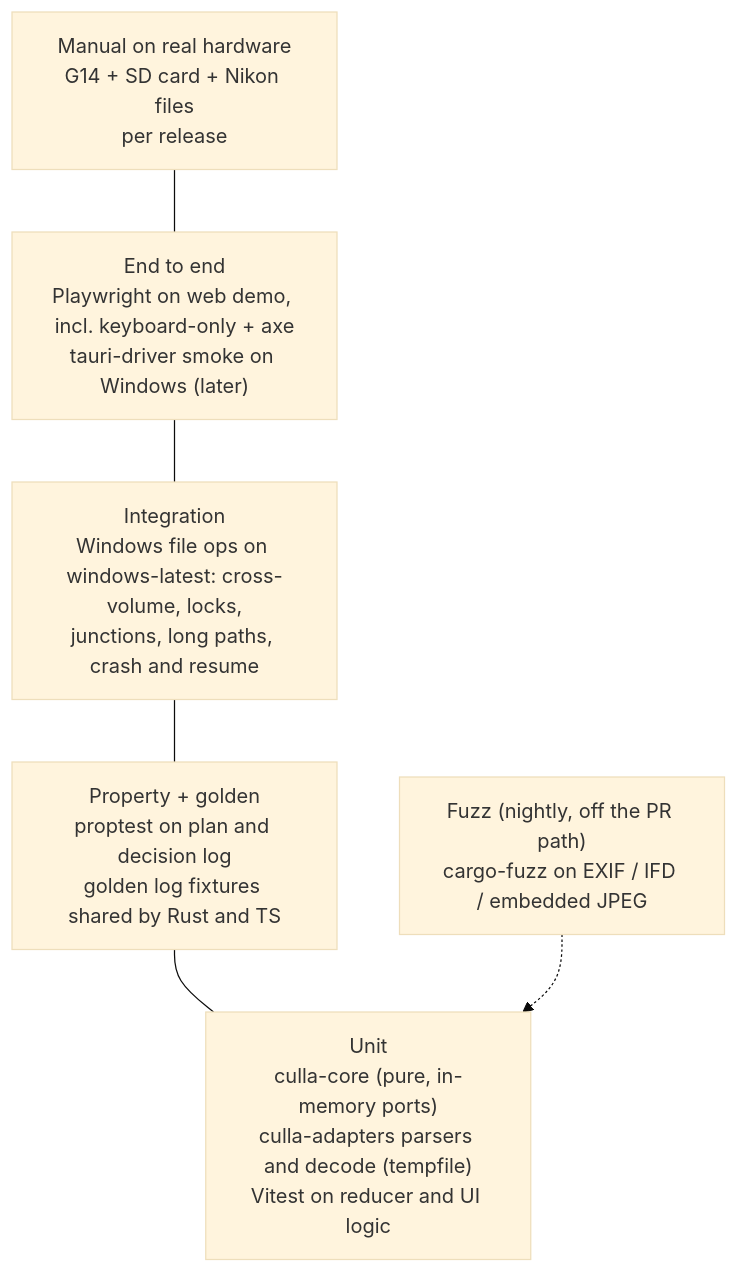
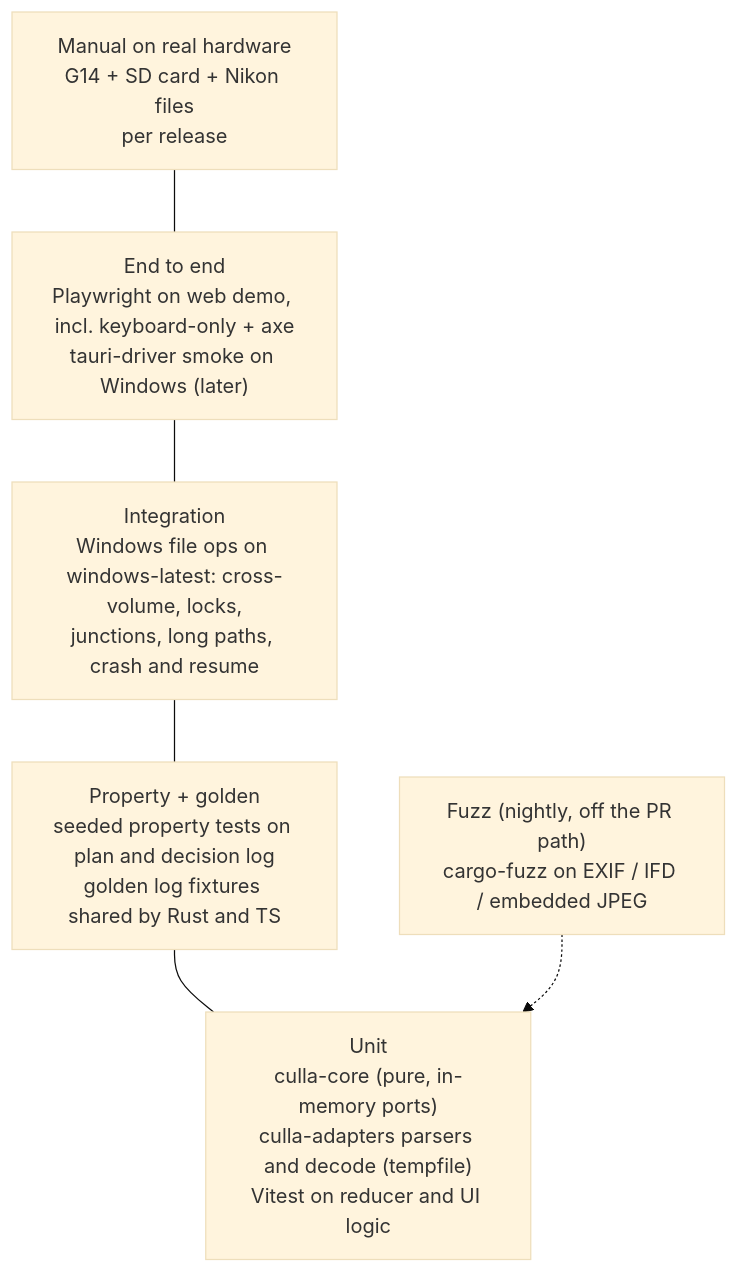
The diagram in docs/testing.md (margaux-faurie/culla), drawn with Mermaid (base theme) before and after one commit. The commit also changed other lines of this file and 61 other files, not shown here.

First line of the commit message:
feat(core): decision event log, fold, undo and redo, reconcile clears and golden fixtures

````diff
--- a/docs/testing.md
+++ b/docs/testing.md
@@ -17,11 +17,11 @@
 ```mermaid
 flowchart TB
   M["Manual on real hardware<br/>G14 + SD card + Nikon files<br/>per release"]
   E["End to end<br/>Playwright on web demo, incl. keyboard-only + axe<br/>tauri-driver smoke on Windows (later)"]
   I["Integration<br/>Windows file ops on windows-latest: cross-volume, locks,<br/>junctions, long paths, crash and resume"]
-  P["Property + golden<br/>proptest on plan and decision log<br/>golden log fixtures shared by Rust and TS"]
+  P["Property + golden<br/>seeded property tests on plan and decision log<br/>golden log fixtures shared by Rust and TS"]
   U["Unit<br/>culla-core (pure, in-memory ports)<br/>culla-adapters parsers and decode (tempfile)<br/>Vitest on reducer and UI logic"]
   F["Fuzz (nightly, off the PR path)<br/>cargo-fuzz on EXIF / IFD / embedded JPEG"]
   M --- E --- I --- P --- U
   F -.-> U
 ```
````
